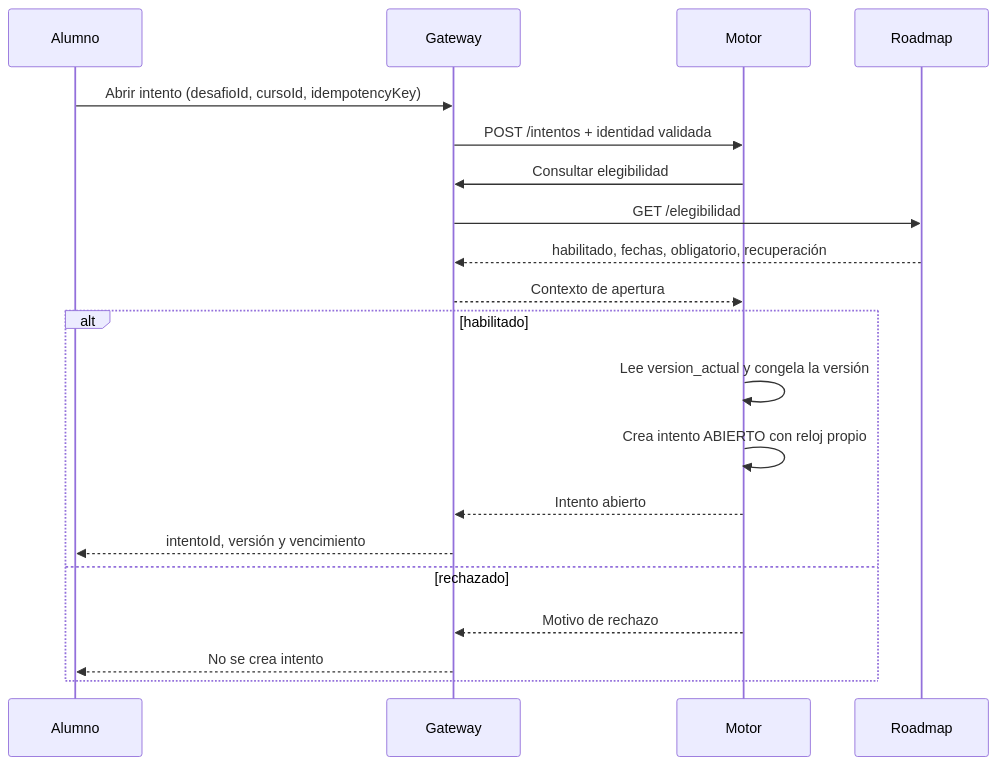
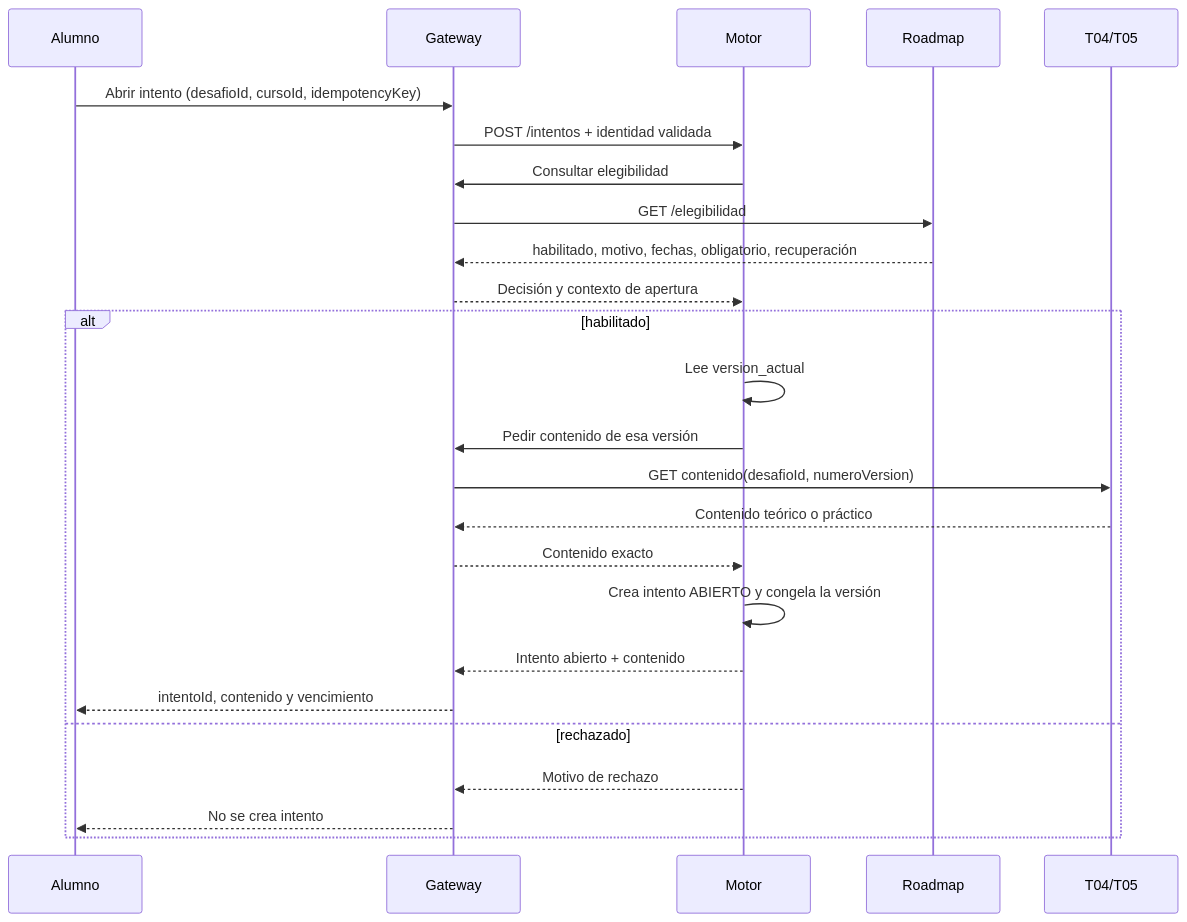
The third of 7 diagrams in docs/flujos.md (pgprimitz/TPI-MotoDeDesafios), drawn with Mermaid before and after one commit. The commit also changed other lines of this file and 11 other files, not shown here.

Commit message:
Update roadmap and challenge integration documentation

````diff
--- a/docs/flujos.md
+++ b/docs/flujos.md
@@ -159,23 +163,28 @@
 ```mermaid
 sequenceDiagram
     participant A as Alumno
     participant G as Gateway
     participant M as Motor
     participant R as Roadmap
+    participant C as T04/T05
 
     A->>G: Abrir intento (desafioId, cursoId, idempotencyKey)
     G->>M: POST /intentos + identidad validada
     M->>G: Consultar elegibilidad
     G->>R: GET /elegibilidad
-    R-->>G: habilitado, fechas, obligatorio, recuperación
-    G-->>M: Contexto de apertura
+    R-->>G: habilitado, motivo, fechas, obligatorio, recuperación
+    G-->>M: Decisión y contexto de apertura
     alt habilitado
-        M->>M: Lee version_actual y congela la versión
-        M->>M: Crea intento ABIERTO con reloj propio
-        M-->>G: Intento abierto
-        G-->>A: intentoId, versión y vencimiento
+        M->>M: Lee version_actual
+        M->>G: Pedir contenido de esa versión
+        G->>C: GET contenido(desafioId, numeroVersion)
+        C-->>G: Contenido teórico o práctico
+        G-->>M: Contenido exacto
+        M->>M: Crea intento ABIERTO y congela la versión
+        M-->>G: Intento abierto + contenido
+        G-->>A: intentoId, contenido y vencimiento
     else rechazado
         M-->>G: Motivo de rechazo
         G-->>A: No se crea intento
     end
 ```
````
